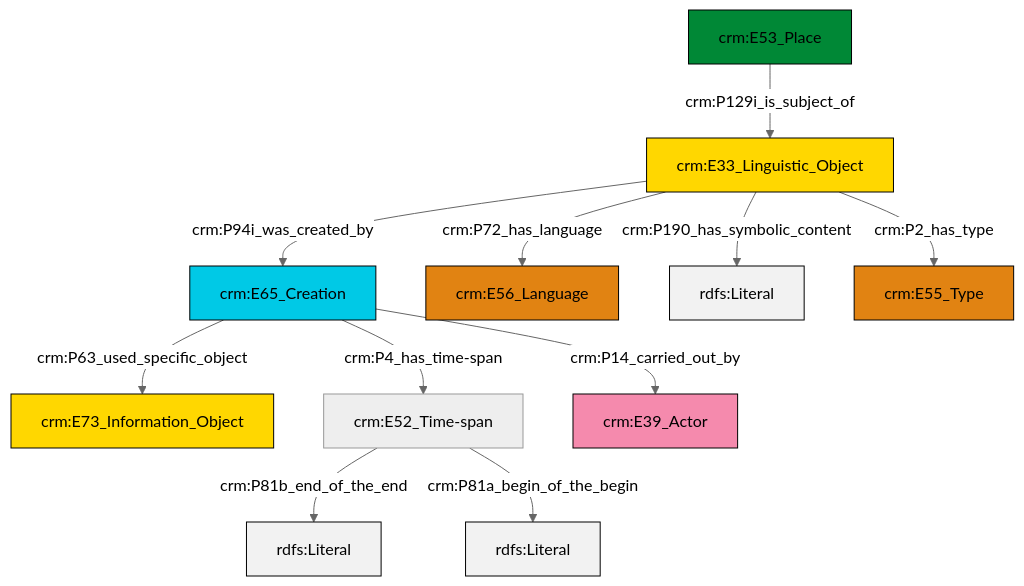
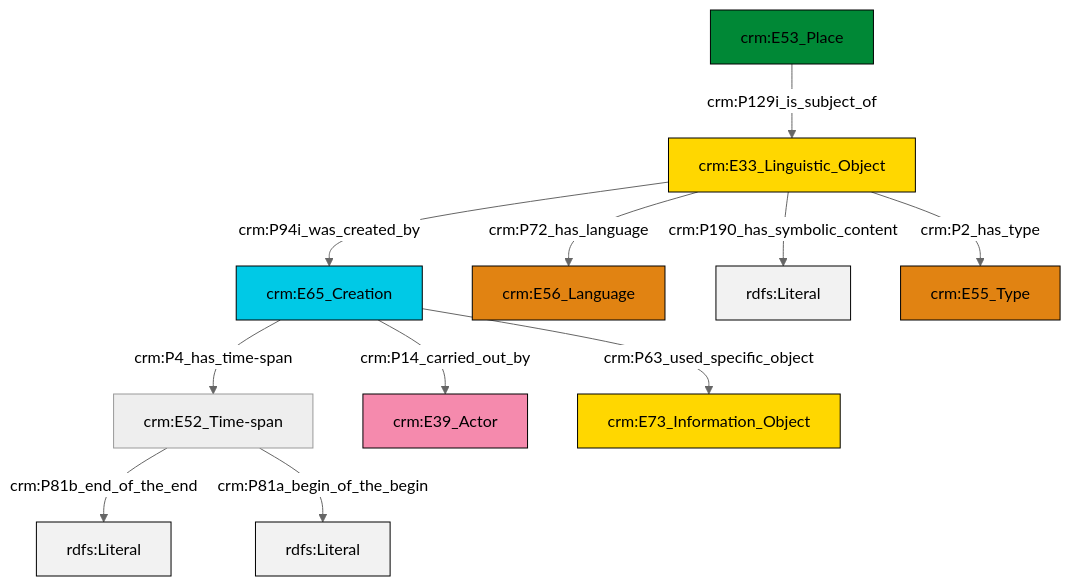
The diagram in et/placeCSV/ttl/mmd/place_description.ttl.mmd (swiss-art-research-net/reference-data-models), drawn with Mermaid (neutral theme) before and after one commit. The commit also changed 131 other files, not shown here.

```diff
--- a/et/placeCSV/ttl/mmd/place_description.ttl.mmd
+++ b/et/placeCSV/ttl/mmd/place_description.ttl.mmd
@@ -1,25 +1,25 @@
 graph TD
 classDef Literal fill:#f2f2f2,stroke:#000000;
 classDef CRM_Entity fill:#FFFFFF,stroke:#000000;
 classDef Temporal_Entity fill:#00C9E6, stroke:#000000;
 classDef Type fill:#E18312, stroke:#000000;
 classDef Time-Span fill:#2C9C91, stroke:#000000;
 classDef Appellation fill:#FFEB7F, stroke:#000000;
 classDef Place fill:#008836, stroke:#000000;
 classDef Persistent_Item fill:#B266B2, stroke:#000000;
 classDef Conceptual_Object fill:#FFD700, stroke:#000000;
 classDef Physical_Thing fill:#D2B48C, stroke:#000000;
 classDef Actor fill:#f58aad, stroke:#000000;
 classDef PC_Classes fill:#4ce600, stroke:#000000;
 classDef Multi fill:#cccccc,stroke:#000000;
 
-0["crm:E33_Linguistic_Object"]:::Conceptual_Object -->|crm:P94i_was_created_by| 1["crm:E65_Creation"]:::Temporal_Entity
-4["crm:E52_Time-span"]:::Default -->|crm:P81b_end_of_the_end| 5[rdfs:Literal]:::Literal
-8["crm:E53_Place"]:::Place -->|crm:P129i_is_subject_of| 0["crm:E33_Linguistic_Object"]:::Conceptual_Object
-4["crm:E52_Time-span"]:::Default -->|crm:P81a_begin_of_the_begin| 9[rdfs:Literal]:::Literal
-0["crm:E33_Linguistic_Object"]:::Conceptual_Object -->|crm:P72_has_language| 10["crm:E56_Language"]:::Type
-0["crm:E33_Linguistic_Object"]:::Conceptual_Object -->|crm:P190_has_symbolic_content| 12[rdfs:Literal]:::Literal
-0["crm:E33_Linguistic_Object"]:::Conceptual_Object -->|crm:P2_has_type| 13["crm:E55_Type"]:::Type
-1["crm:E65_Creation"]:::Temporal_Entity -->|crm:P4_has_time-span| 4["crm:E52_Time-span"]:::Default
-1["crm:E65_Creation"]:::Temporal_Entity -->|crm:P14_carried_out_by| 6["crm:E39_Actor"]:::Actor
-1["crm:E65_Creation"]:::Temporal_Entity -->|crm:P63_used_specific_object| 2["crm:E73_Information_Object"]:::Conceptual_Object
+2["crm:E52_Time-span"]:::Default -->|crm:P81b_end_of_the_end| 3[rdfs:Literal]:::Literal
+0["crm:E65_Creation"]:::Temporal_Entity -->|crm:P14_carried_out_by| 4["crm:E39_Actor"]:::Actor
+2["crm:E52_Time-span"]:::Default -->|crm:P81a_begin_of_the_begin| 6[rdfs:Literal]:::Literal
+8["crm:E33_Linguistic_Object"]:::Conceptual_Object -->|crm:P72_has_language| 9["crm:E56_Language"]:::Type
+8["crm:E33_Linguistic_Object"]:::Conceptual_Object -->|crm:P190_has_symbolic_content| 10[rdfs:Literal]:::Literal
+8["crm:E33_Linguistic_Object"]:::Conceptual_Object -->|crm:P2_has_type| 14["crm:E55_Type"]:::Type
+0["crm:E65_Creation"]:::Temporal_Entity -->|crm:P63_used_specific_object| 15["crm:E73_Information_Object"]:::Conceptual_Object
+8["crm:E33_Linguistic_Object"]:::Conceptual_Object -->|crm:P94i_was_created_by| 0["crm:E65_Creation"]:::Temporal_Entity
+11["crm:E53_Place"]:::Place -->|crm:P129i_is_subject_of| 8["crm:E33_Linguistic_Object"]:::Conceptual_Object
+0["crm:E65_Creation"]:::Temporal_Entity -->|crm:P4_has_time-span| 2["crm:E52_Time-span"]:::Default
```
